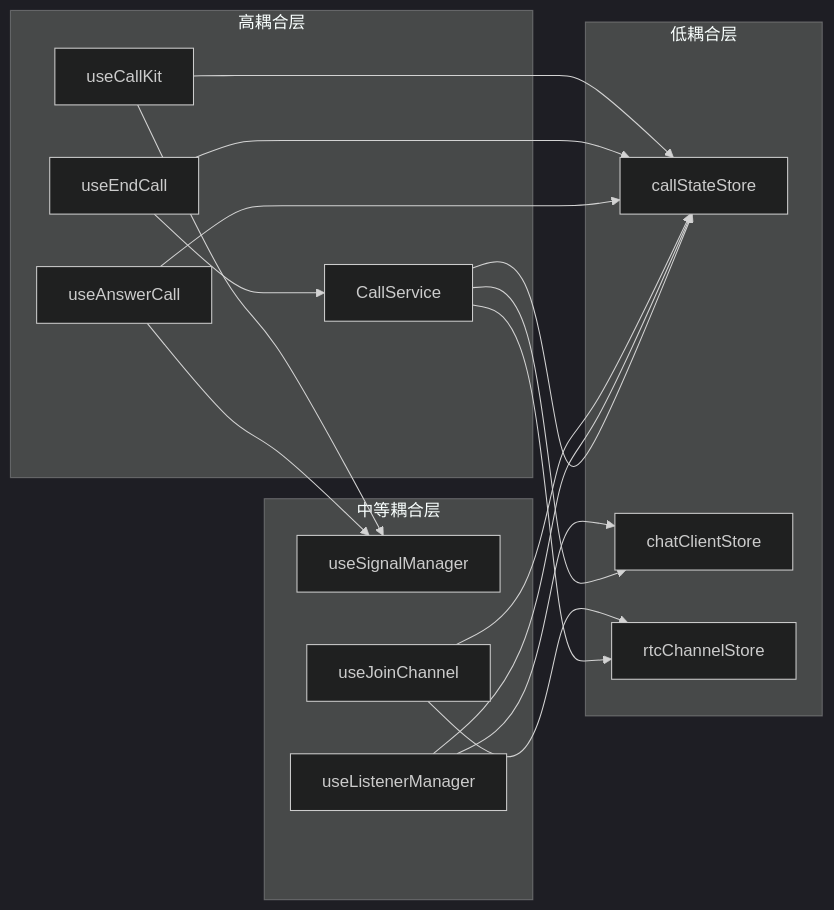
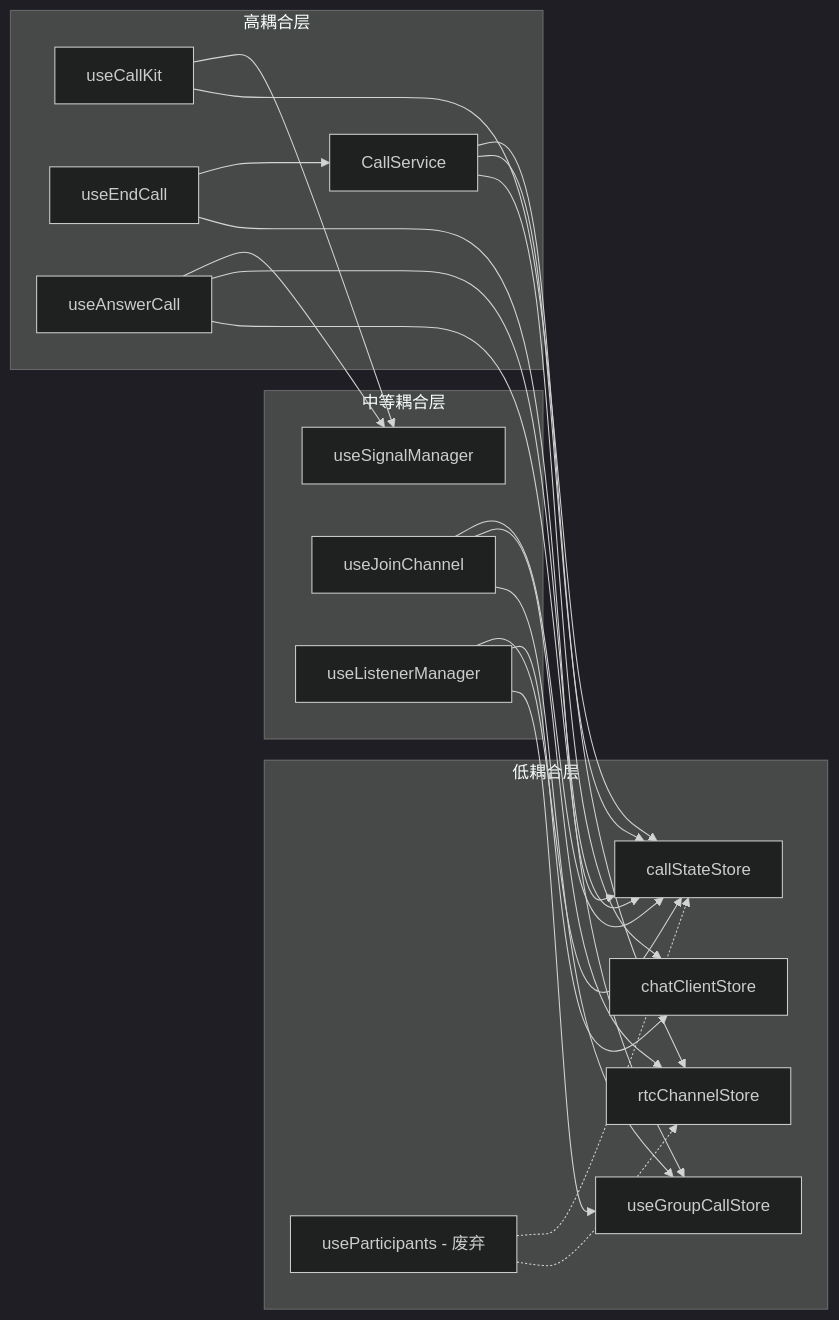
One commit to Easemob-Community/easemob-uikit-callkit-vue3 changed the ninth of 10 diagrams in .qoder/repowiki/zh/content/组合式 API/通话控制 API.md. Above: the diagram before and after it, drawn with Mermaid (dark theme). The commit also changed other lines of this file and 54 other files, not shown here.

````diff
--- a/.qoder/repowiki/zh/content/组合式 API/通话控制 API.md
+++ b/.qoder/repowiki/zh/content/组合式 API/通话控制 API.md
@@ -466,32 +664,39 @@
 ```mermaid
 graph LR
 subgraph "低耦合层"
 CSS[callStateStore]
 CCS[chatClientStore]
 RCS[rtcChannelStore]
+GCS[useGroupCallStore]
+UP[useParticipants - 废弃]
 end
 subgraph "中等耦合层"
 SM[useSignalManager]
 JS[useJoinChannel]
 LM[useListenerManager]
 end
 subgraph "高耦合层"
 CK[useCallKit]
 EC[useEndCall]
 AC[useAnswerCall]
 CSVC[CallService]
 end
 CK --> SM
 CK --> CSS
 EC --> CSVC
 EC --> CSS
 AC --> SM
 AC --> CSS
+AC --> GCS
 JS --> CSS
 JS --> RCS
+JS --> GCS
 LM --> CSS
 LM --> CCS
+LM --> GCS
 CSVC --> CSS
 CSVC --> RCS
 CSVC --> CCS
+UP -.-> CSS
+UP -.-> RCS
 ```
````
